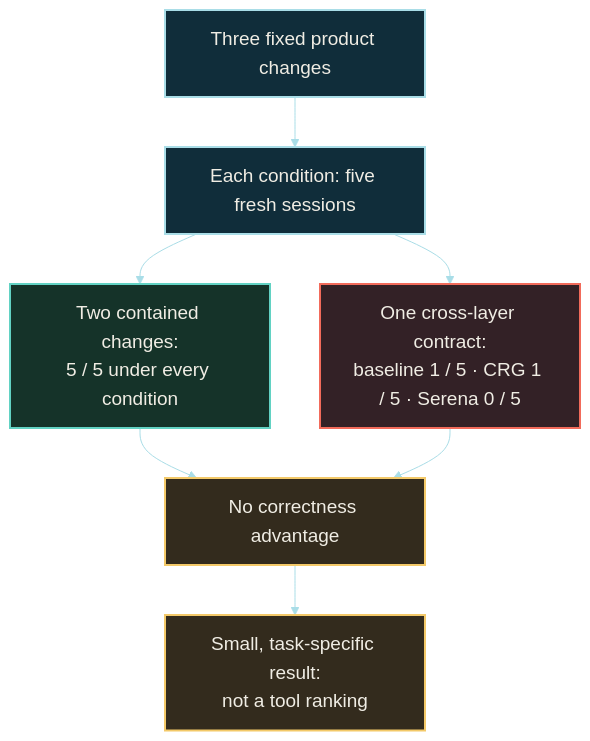
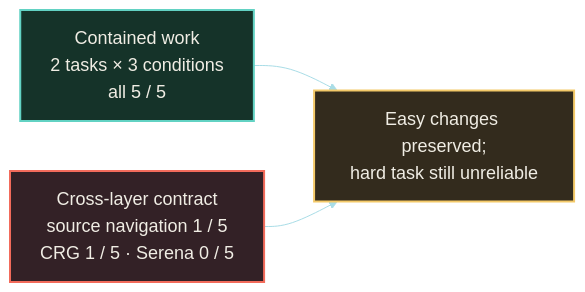
Before and after one commit to artemrudenko/code-graph-benchmark-v2: the diagram in assets/diagrams/task-quality-gate-article-large-dark.mmd, drawn with Mermaid. The commit also changed 21 other files, not shown here.

Commit message:
docs: compact article evidence diagrams

```diff
--- a/assets/diagrams/task-quality-gate-article-large-dark.mmd
+++ b/assets/diagrams/task-quality-gate-article-large-dark.mmd
@@ -1,17 +1,8 @@
-%%{init: {"theme":"base","themeVariables":{"background":"#08131E","primaryColor":"#102D3A","primaryTextColor":"#F0EDE4","primaryBorderColor":"#A9DDE7","lineColor":"#A9DDE7","secondaryColor":"#213039","tertiaryColor":"#2A2530","edgeLabelBackground":"#08131E","fontFamily":"Arial","fontSize":"19px"}}}%%
-flowchart TB
-    A[Three fixed product changes] --> B[Each condition: five fresh sessions]
-    B --> C[Two contained changes:<br/>5 / 5 under every condition]
-    B --> D[One cross-layer contract:<br/>baseline 1 / 5 · CRG 1 / 5 · Serena 0 / 5]
-    C --> E[No correctness advantage]
-    D --> E
-    E --> F[Small, task-specific result:<br/>not a tool ranking]
-
-    classDef setup fill:#102D3A,stroke:#A9DDE7,color:#F0EDE4,stroke-width:2px;
-    classDef pass fill:#153329,stroke:#62D2C3,color:#F0EDE4,stroke-width:2px;
-    classDef risk fill:#332126,stroke:#F26B5B,color:#F0EDE4,stroke-width:2px;
-    classDef conclusion fill:#332B1D,stroke:#F3C969,color:#F0EDE4,stroke-width:2px;
-    class A,B setup;
-    class C pass;
-    class D risk;
-    class E,F conclusion;
+%%{init: {"theme":"base","themeVariables":{"background":"#08131E","primaryColor":"#102D3A","primaryTextColor":"#F0EDE4","primaryBorderColor":"#A9DDE7","lineColor":"#A9DDE7","fontFamily":"Arial","fontSize":"18px"}}}%%
+flowchart LR
+  A[Contained work<br/>2 tasks × 3 conditions<br/>all 5 / 5] --> C[Easy changes preserved;<br/>hard task still unreliable]
+  B[Cross-layer contract<br/>source navigation 1 / 5<br/>CRG 1 / 5 · Serena 0 / 5] --> C
+  classDef good fill:#153329,stroke:#62D2C3,color:#F0EDE4,stroke-width:2px;
+  classDef risk fill:#332126,stroke:#F26B5B,color:#F0EDE4,stroke-width:2px;
+  classDef conclusion fill:#332B1D,stroke:#F3C969,color:#F0EDE4,stroke-width:2px;
+  class A good; class B risk; class C conclusion;
```
